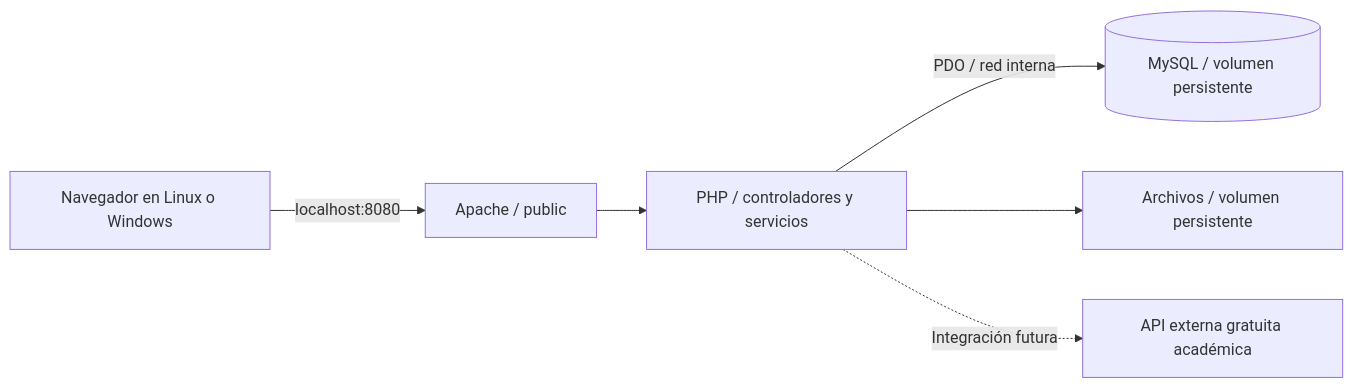
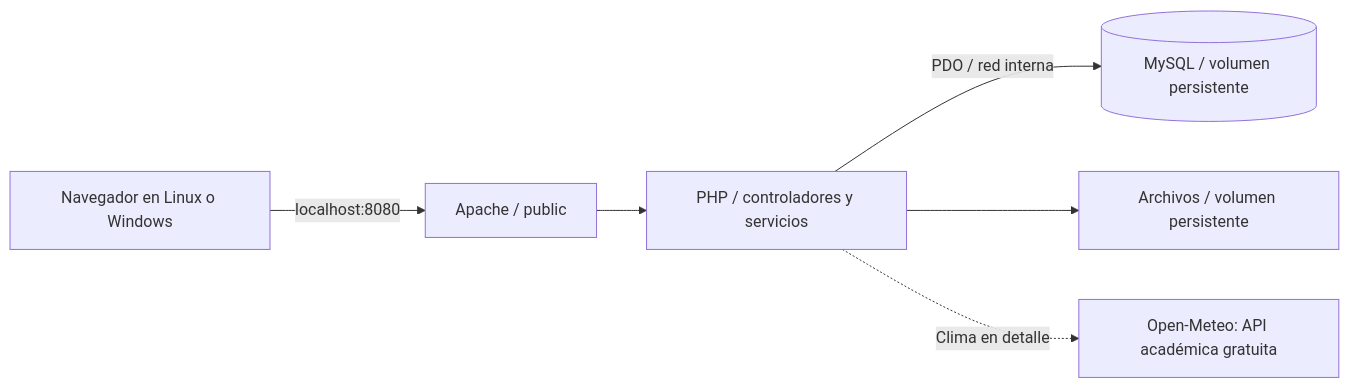
One commit to KendallGA99/eventify changed the diagram in docs/ARQUITECTURA.md. Above: the diagram before and after it, drawn with Mermaid. The commit also changed other lines of this file and 21 other files, not shown here.

Commit message:
feat(B05): integrar clima Open-Meteo con caché y fallback

````diff
--- a/docs/ARQUITECTURA.md
+++ b/docs/ARQUITECTURA.md
@@ -13,8 +13,8 @@
 ```mermaid
 flowchart LR
     B[Navegador en Linux o Windows] -->|localhost:8080| W[Apache / public]
     W --> P[PHP / controladores y servicios]
     P -->|PDO / red interna| D[(MySQL / volumen persistente)]
     P --> S[Archivos / volumen persistente]
-    P -. Integración futura .-> A[API externa gratuita académica]
+    P -. Clima en detalle .-> A[Open-Meteo: API académica gratuita]
 ```
````
